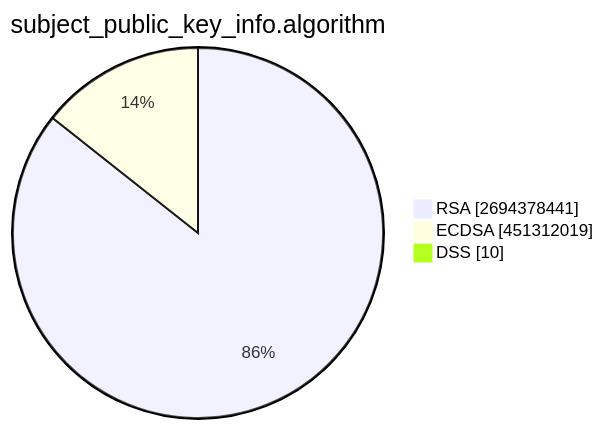
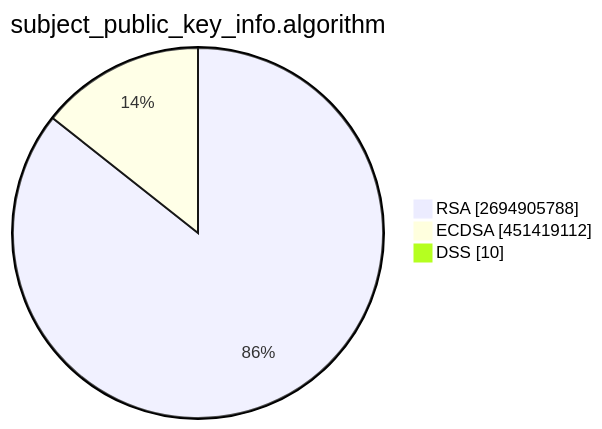
One commit to christiankrug/ctmonitor_visualization changed the second of 15 diagrams in TOTAL/README.md. Above: the diagram before and after it, drawn with Mermaid. The commit also changed other lines of this file, not shown here.

````diff
--- a/TOTAL/README.md
+++ b/TOTAL/README.md
@@ -6,7 +6,7 @@
 ```mermaid
 pie showData
 title subject_public_key_info.algorithm
-"RSA" :2694378441
-"ECDSA" :451312019
+"RSA" :2694905788
+"ECDSA" :451419112
 "DSS" :10
 ```
````
